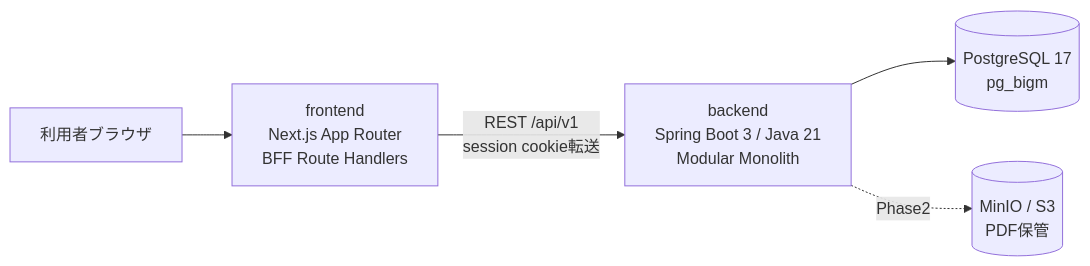
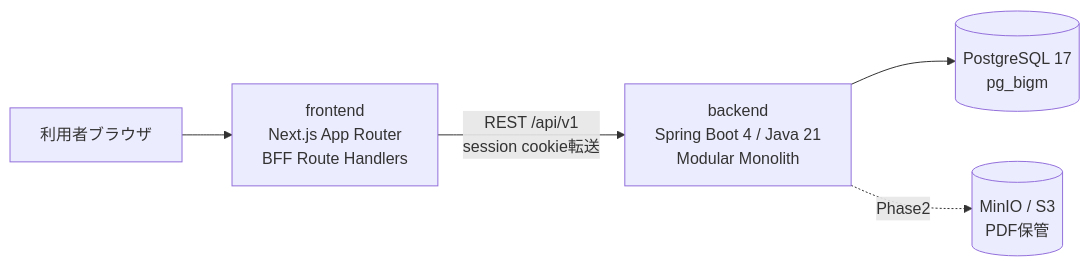
The first of 4 diagrams in docs/ARCHITECTURE.md (Mika777v/knowledge-navigator), drawn with Mermaid before and after one commit. The commit also changed 29 other files, not shown here.

First line of the commit message:
feat(backend): Spring Boot 雛形（Modulith・Flyway・springdoc・ヘルスチェック）

````diff
--- a/docs/ARCHITECTURE.md
+++ b/docs/ARCHITECTURE.md
@@ -25,7 +25,7 @@
 ```mermaid
 flowchart LR
   U[利用者ブラウザ] --> FE[frontend<br/>Next.js App Router<br/>BFF Route Handlers]
-  FE -->|REST /api/v1<br/>session cookie転送| BE[backend<br/>Spring Boot 3 / Java 21<br/>Modular Monolith]
+  FE -->|REST /api/v1<br/>session cookie転送| BE[backend<br/>Spring Boot 4 / Java 21<br/>Modular Monolith]
   BE --> PG[(PostgreSQL 17<br/>pg_bigm)]
   BE -.Phase2.-> S3[(MinIO / S3<br/>PDF保管)]
 ```
````
